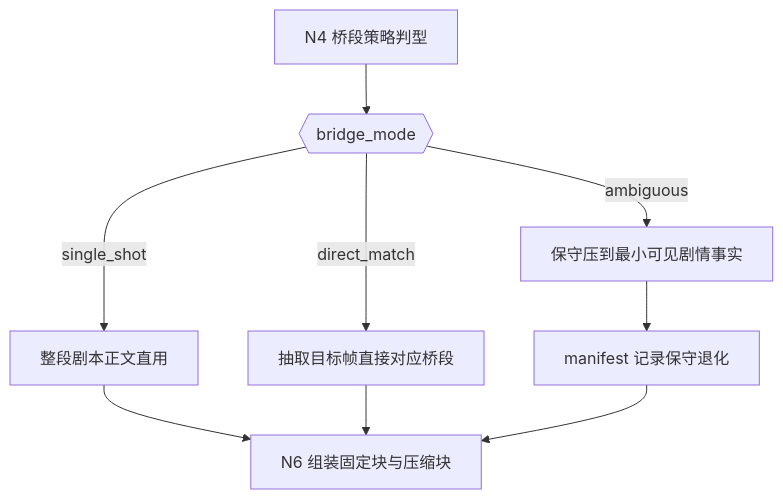
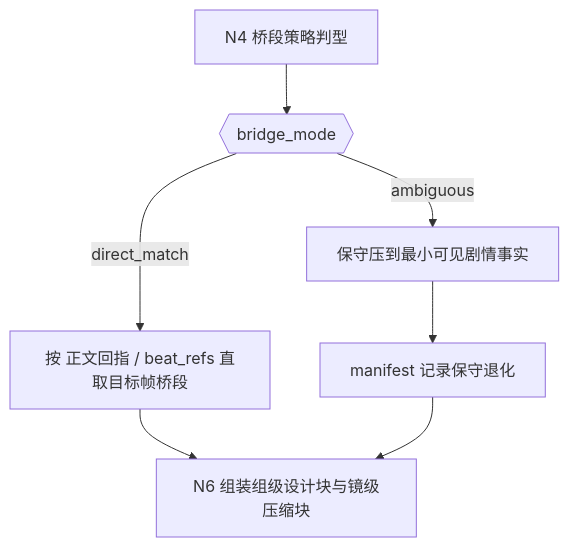
The second of 4 diagrams in .agents/skills/aigc/6-Video/1-提示词蒸馏/首帧参照/SKILL.md (ZEN-VOID/AI-CUT), drawn with Mermaid before and after one commit. The commit also changed other lines of this file and 118 other files, not shown here.

````diff
--- a/.agents/skills/aigc/6-Video/1-提示词蒸馏/首帧参照/SKILL.md
+++ b/.agents/skills/aigc/6-Video/1-提示词蒸馏/首帧参照/SKILL.md
@@ -249,11 +257,9 @@
 ```mermaid
 flowchart TD
     A["N4 桥段策略判型"] --> B{{"bridge_mode"}}
-    B -->|"single_shot"| C["整段剧本正文直用"]
-    B -->|"direct_match"| D["抽取目标帧直接对应桥段"]
-    B -->|"ambiguous"| E["保守压到最小可见剧情事实"]
-    C --> F["N6 组装固定块与压缩块"]
-    D --> F
-    E --> G["manifest 记录保守退化"]
-    G --> F
+    B -->|"direct_match"| C["按 正文回指 / beat_refs 直取目标帧桥段"]
+    B -->|"ambiguous"| D["保守压到最小可见剧情事实"]
+    C --> E["N6 组装组级设计块与镜级压缩块"]
+    D --> F["manifest 记录保守退化"]
+    F --> E
 ```
````
